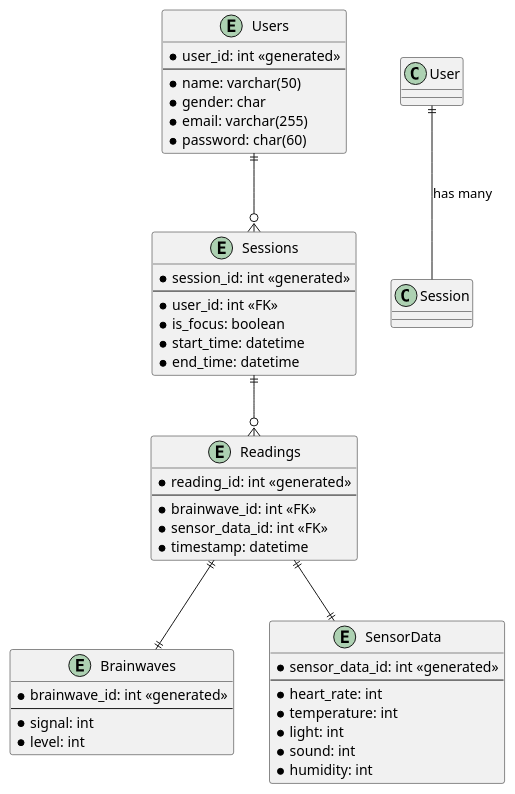
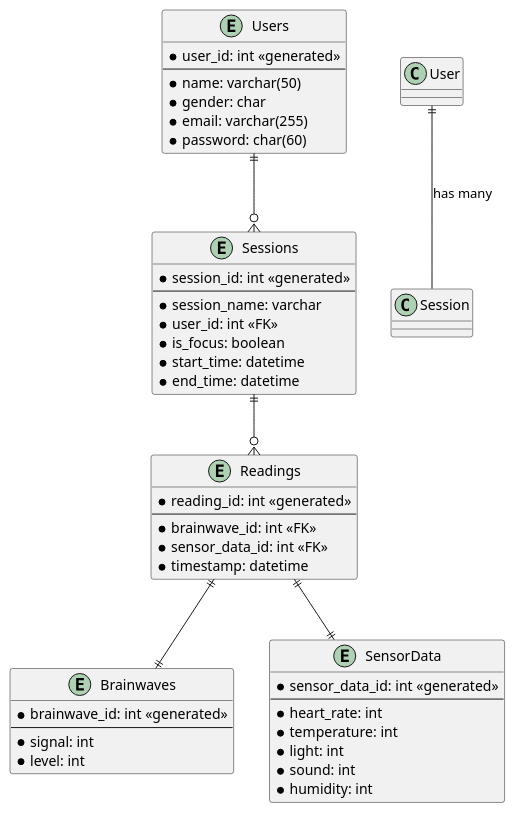
One commit to Seifeldin-Sabry/Eirene changed the diagram in plantuml/erd-model.puml. Above: the diagram before and after it, drawn with PlantUML. The commit also changed 14 other files, not shown here.

```diff
--- a/plantuml/erd-model.puml
+++ b/plantuml/erd-model.puml
@@ -1,51 +1,52 @@
 @startuml
 entity Users {
   * user_id: int <<generated>>
   --
   * name: varchar(50)
   * gender: char
   * email: varchar(255)
   * password: char(60)
 }
 
 entity Sessions {
   * session_id: int <<generated>>
   --
+  * session_name: varchar
   * user_id: int <<FK>>
   * is_focus: boolean
   * start_time: datetime
   * end_time: datetime
 }
 
 entity Brainwaves {
   * brainwave_id: int <<generated>>
   --
   * signal: int
   * level: int
 }
 
 entity SensorData {
   * sensor_data_id: int <<generated>>
   --
   * heart_rate: int
   * temperature: int
   * light: int
   * sound: int
   * humidity: int
 }
 
 entity Readings {
   * reading_id: int <<generated>>
   --
   * brainwave_id: int <<FK>>
   * sensor_data_id: int <<FK>>
   * timestamp: datetime
 }
 
 Users ||--o{ Sessions
 Sessions ||--o{ Readings
 Readings ||--|| Brainwaves
 Readings ||--|| SensorData
 
 User ||--Session: has many
 @enduml
```
